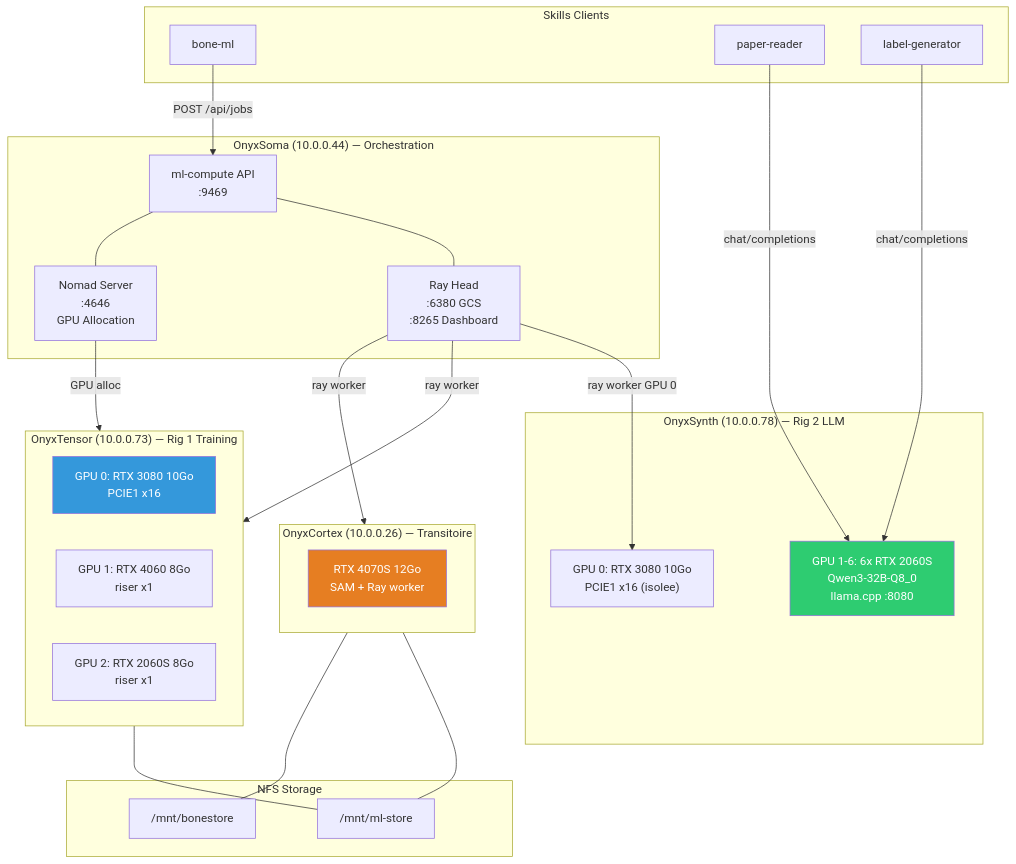
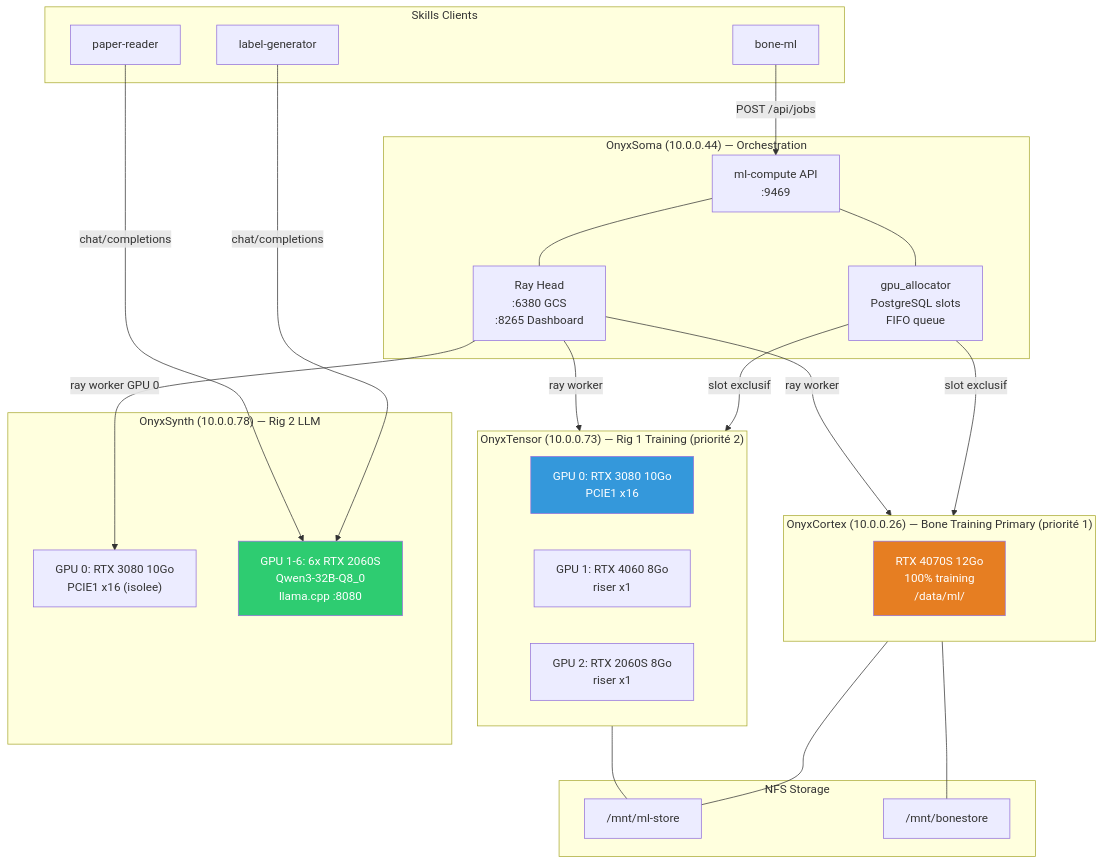
The second of 7 diagrams in DIAGRAM.md (VersoVet/ml-compute), drawn with Mermaid before and after one commit. The commit also changed other lines of this file and 60 other files, not shown here.

````diff
--- a/DIAGRAM.md
+++ b/DIAGRAM.md
@@ -40,53 +40,54 @@
 ```mermaid
 graph TB
     subgraph Soma["OnyxSoma (10.0.0.44) — Orchestration"]
         API["ml-compute API<br/>:9469"]
         RayHead["Ray Head<br/>:6380 GCS<br/>:8265 Dashboard"]
-        NomadServer["Nomad Server<br/>:4646<br/>GPU Allocation"]
+        GPUAlloc["gpu_allocator<br/>PostgreSQL slots<br/>FIFO queue"]
         API --- RayHead
-        API --- NomadServer
+        API --- GPUAlloc
     end
 
-    subgraph Tensor["OnyxTensor (10.0.0.73) — Rig 1 Training"]
+    subgraph Tensor["OnyxTensor (10.0.0.73) — Rig 1 Training (priorité 2)"]
         T_3080["GPU 0: RTX 3080 10Go<br/>PCIE1 x16"]
         T_4060["GPU 1: RTX 4060 8Go<br/>riser x1"]
         T_2060["GPU 2: RTX 2060S 8Go<br/>riser x1"]
     end
 
     subgraph Synth["OnyxSynth (10.0.0.78) — Rig 2 LLM"]
         S_3080["GPU 0: RTX 3080 10Go<br/>PCIE1 x16 (isolee)"]
         S_LLM["GPU 1-6: 6x RTX 2060S<br/>Qwen3-32B-Q8_0<br/>llama.cpp :8080"]
     end
 
-    subgraph Cortex["OnyxCortex (10.0.0.26) — Transitoire"]
-        C_4070["RTX 4070S 12Go<br/>SAM + Ray worker"]
+    subgraph Cortex["OnyxCortex (10.0.0.26) — Bone Training Primary (priorité 1)"]
+        C_4070["RTX 4070S 12Go<br/>100% training<br/>/data/ml/"]
     end
 
     RayHead -->|ray worker| Tensor
     RayHead -->|ray worker GPU 0| S_3080
     RayHead -->|ray worker| Cortex
-    NomadServer -->|GPU alloc| Tensor
+    GPUAlloc -->|slot exclusif| Cortex
+    GPUAlloc -->|slot exclusif| Tensor
 
     subgraph Storage["NFS Storage"]
         MLStore["/mnt/ml-store"]
         BoneStore["/mnt/bonestore"]
     end
 
     Tensor --- MLStore
     Cortex --- MLStore
     Cortex --- BoneStore
 
     subgraph Clients["Skills Clients"]
         BoneML["bone-ml"]
         PaperReader["paper-reader"]
         LabelGen["label-generator"]
     end
 
     BoneML -->|POST /api/jobs| API
     PaperReader -->|chat/completions| S_LLM
     LabelGen -->|chat/completions| S_LLM
 
     style S_LLM fill:#2ecc71,color:#fff
     style T_3080 fill:#3498db,color:#fff
     style C_4070 fill:#e67e22,color:#fff
 ```
````
